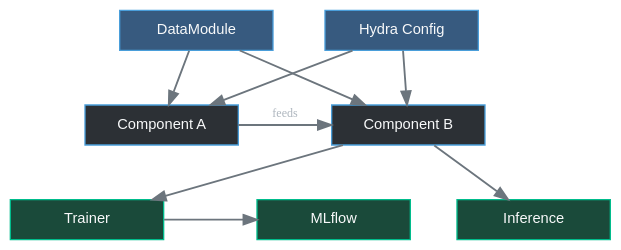
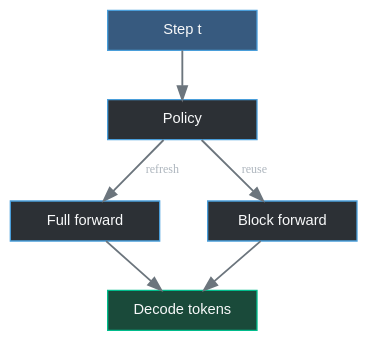
One commit to HongyuCao3/dmllm-refresh-frontier changed the first of 3 diagrams in docs/method/overview.qmd. Above: the diagram before and after it, drawn with Graphviz. The commit also changed other lines of this file and 24 other files, not shown here.

````diff
--- a/docs/method/overview.qmd
+++ b/docs/method/overview.qmd
@@ -21,39 +21,24 @@
 ```{dot}
 //| label: fig-method-overview
-//| fig-cap: "Method overview: inputs → modules → outputs with dependency flow"
+//| fig-cap: "Each step: the policy decides refresh or reuse, then the loop decodes"
 //| fig-width: 7
-//| fig-height: 3.5
+//| fig-height: 2.8
 digraph G {
   bgcolor="transparent"
   rankdir=TB
-  graph [ranksep=0.55, nodesep=0.48]
+  graph [ranksep=0.5, nodesep=0.5]
   node [style=filled, fillcolor="#2c3035", color="#4a9eda",
         fontcolor="#f8f9fa", fontname="Arial", fontsize=11,
-        shape=box, width=1.6, height=0.42]
+        shape=box, width=1.55, height=0.42]
   edge [color="#6c757d", penwidth=1.4]
-
-  subgraph row1 {
-    rank=same
-    DM  [label="DataModule",   fillcolor="#375a7f"]
-    Cfg [label="Hydra Config", fillcolor="#375a7f"]
-  }
-  subgraph row2 {
-    rank=same
-    CA [label="Component A"]
-    CB [label="Component B"]
-  }
-  subgraph row3 {
-    rank=same
-    Tr  [label="Trainer",   fillcolor="#1a4a3a", color="#00bc8c"]
-    MLf [label="MLflow",    fillcolor="#1a4a3a", color="#00bc8c"]
-    Inf [label="Inference", fillcolor="#1a4a3a", color="#00bc8c"]
-  }
-
-  DM  -> CA  DM  -> CB
-  Cfg -> CA  Cfg -> CB
-  CA  -> CB [label=" feeds", fontcolor="#adb5bd", fontsize=9]
-  CB  -> Tr
-  Tr  -> MLf
-  CB  -> Inf
+  S [label="Step t", fillcolor="#375a7f"]
+  P [label="Policy"]
+  {rank=same; F [label="Full forward"]; C [label="Block forward"]}
+  D [label="Decode tokens", fillcolor="#1a4a3a", color="#00bc8c"]
+  S -> P
+  P -> F [label="refresh", fontcolor="#adb5bd", fontsize=9]
+  P -> C [label="reuse", fontcolor="#adb5bd", fontsize=9]
+  F -> D
+  C -> D
 }
 ```
````
